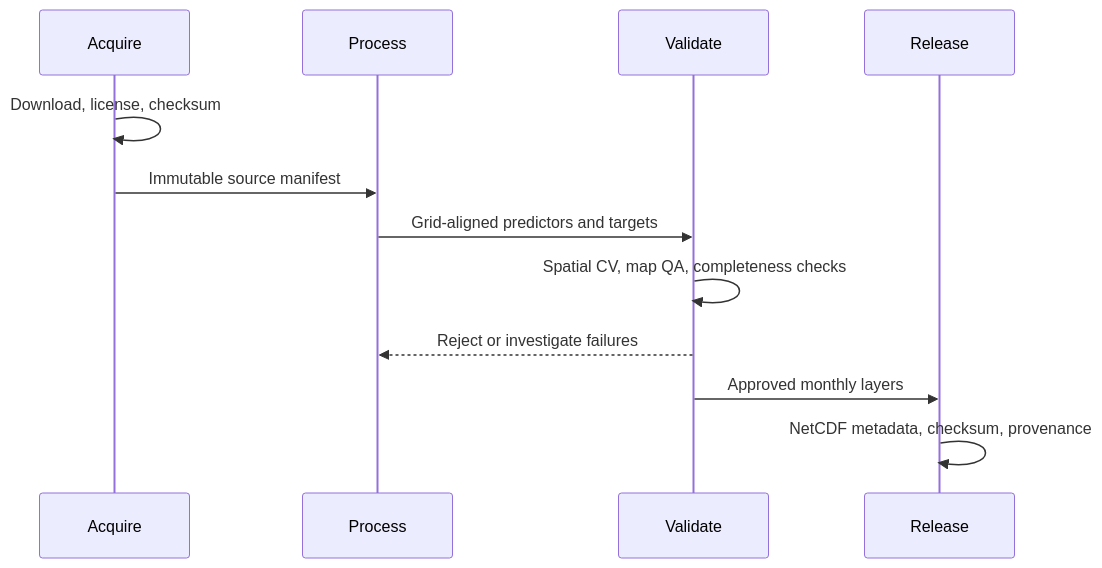
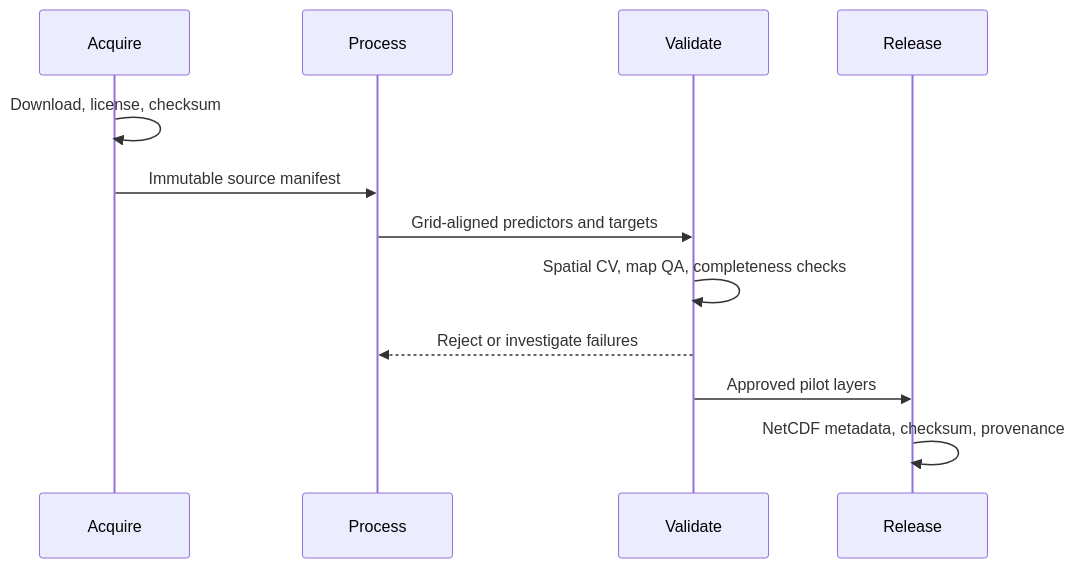
The third of 3 diagrams in docs/ARCHITECTURE.md (athithyai/NL-chromap), drawn with Mermaid before and after one commit. The commit also changed other lines of this file and 16 other files, not shown here.

````diff
--- a/docs/ARCHITECTURE.md
+++ b/docs/ARCHITECTURE.md
@@ -69,14 +79,14 @@
 ```mermaid
 sequenceDiagram
     participant A as Acquire
     participant P as Process
     participant V as Validate
     participant R as Release
     A->>A: Download, license, checksum
     A->>P: Immutable source manifest
     P->>V: Grid-aligned predictors and targets
     V->>V: Spatial CV, map QA, completeness checks
     V-->>P: Reject or investigate failures
-    V->>R: Approved monthly layers
+    V->>R: Approved pilot layers
     R->>R: NetCDF metadata, checksum, provenance
 ```
````
